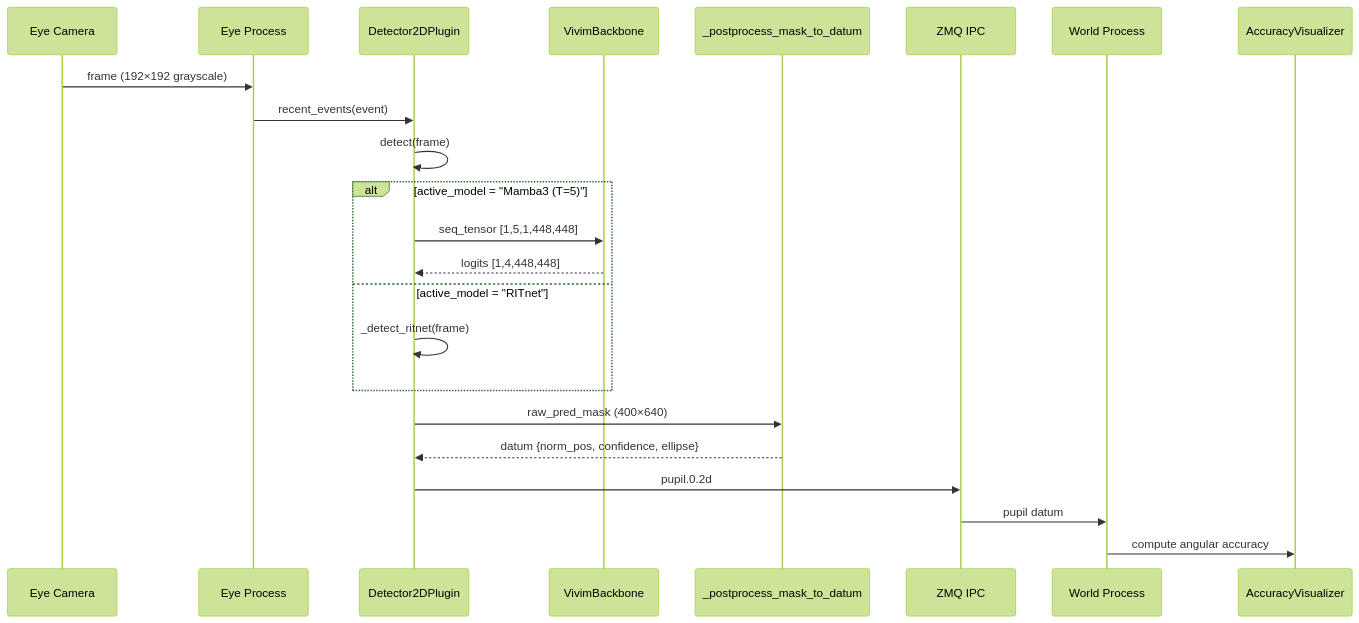
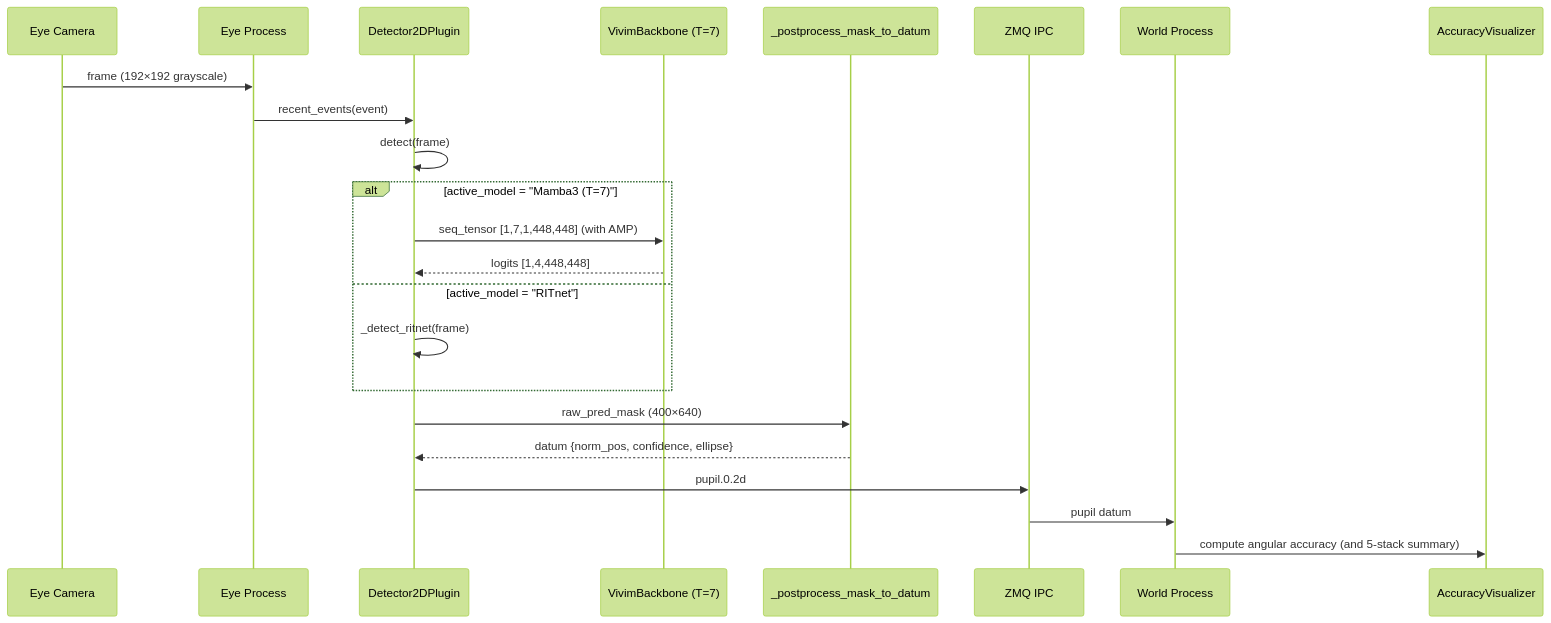
The third of 3 diagrams in docs/code_review.md (dutlsl/pupil), drawn with Mermaid (forest theme) before and after one commit. The commit also changed other lines of this file and 65 other files, not shown here.

````diff
--- a/docs/code_review.md
+++ b/docs/code_review.md
@@ -421,28 +418,28 @@
 ```mermaid
 sequenceDiagram
     participant Cam as Eye Camera
     participant Eye as Eye Process
     participant Det as Detector2DPlugin
-    participant Mamba as VivimBackbone
+    participant Mamba as VivimBackbone (T=7)
     participant Post as _postprocess_mask_to_datum
     participant IPC as ZMQ IPC
     participant World as World Process
     participant Acc as AccuracyVisualizer
 
     Cam->>Eye: frame (192×192 grayscale)
     Eye->>Det: recent_events(event)
     Det->>Det: detect(frame)
 
-    alt active_model = "Mamba3 (T=5)"
-        Det->>Mamba: seq_tensor [1,5,1,448,448]
+    alt active_model = "Mamba3 (T=7)"
+        Det->>Mamba: seq_tensor [1,7,1,448,448] (with AMP)
         Mamba-->>Det: logits [1,4,448,448]
     else active_model = "RITnet"
         Det->>Det: _detect_ritnet(frame)
     end
 
     Det->>Post: raw_pred_mask (400×640)
     Post-->>Det: datum {norm_pos, confidence, ellipse}
     Det->>IPC: pupil.0.2d
     IPC->>World: pupil datum
-    World->>Acc: compute angular accuracy
+    World->>Acc: compute angular accuracy (and 5-stack summary)
 ```
````
